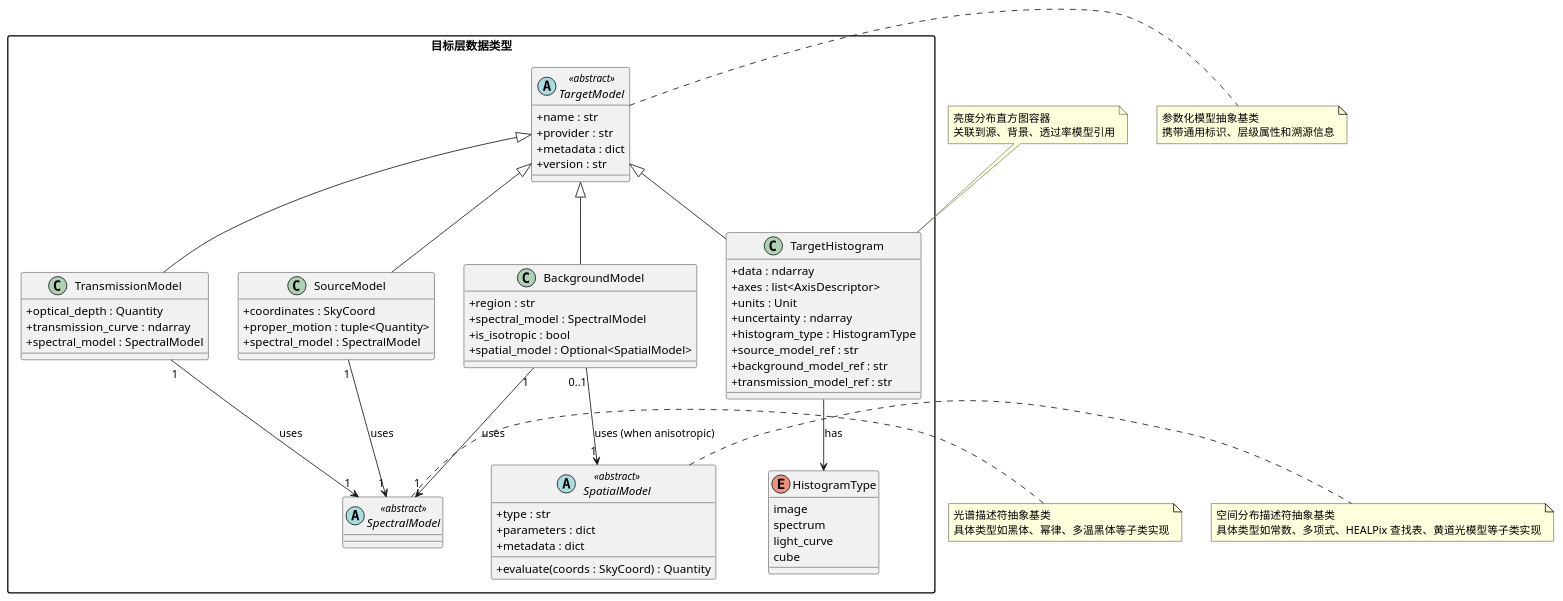
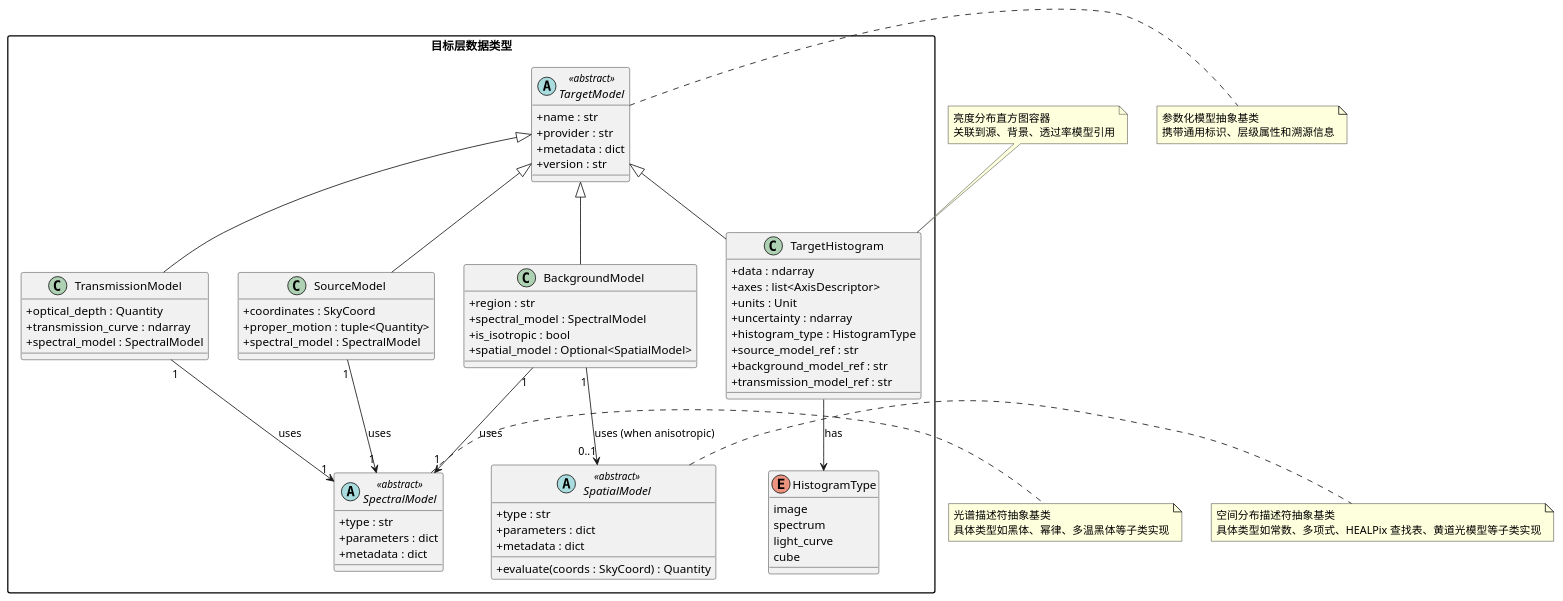
One commit to pigsboss/oasis changed the diagram in docs/diagrams/targets/classes.puml. Above: the diagram before and after it, drawn with PlantUML. The commit also changed 109 other files, not shown here.

```diff
--- a/docs/diagrams/targets/classes.puml
+++ b/docs/diagrams/targets/classes.puml
@@ -1,93 +1,96 @@
 @startuml
 ' 目标层核心类图
-' 基于 docs/guides/targets.md 4.1 数据类型定义
+' 基于 docs/design/targets.md 4.1 数据类型定义
 
 skinparam classAttributeIconSize 0
 skinparam classFontStyle normal
 skinparam packageStyle rectangle
 
 package "目标层数据类型" {
 
     abstract class TargetModel <<abstract>> {
         + name : str
         + provider : str
         + metadata : dict
         + version : str
     }
 
     abstract class SpectralModel <<abstract>> {
+        + type : str
+        + parameters : dict
+        + metadata : dict
     }
 
     abstract class SpatialModel <<abstract>> {
         + type : str
         + parameters : dict
         + metadata : dict
         + evaluate(coords : SkyCoord) : Quantity
     }
 
     class SourceModel extends TargetModel {
         + coordinates : SkyCoord
         + proper_motion : tuple<Quantity>
         + spectral_model : SpectralModel
     }
 
     class BackgroundModel extends TargetModel {
         + region : str
         + spectral_model : SpectralModel
         + is_isotropic : bool
         + spatial_model : Optional<SpatialModel>
     }
 
     class TransmissionModel extends TargetModel {
         + optical_depth : Quantity
         + transmission_curve : ndarray
         + spectral_model : SpectralModel
     }
 
     class TargetHistogram extends TargetModel {
         + data : ndarray
         + axes : list<AxisDescriptor>
         + units : Unit
         + uncertainty : ndarray
         + histogram_type : HistogramType
         + source_model_ref : str
         + background_model_ref : str
         + transmission_model_ref : str
     }
 
     enum HistogramType {
         image
         spectrum
         light_curve
         cube
     }
 
     SourceModel "1" --> "1" SpectralModel : uses
     BackgroundModel "1" --> "1" SpectralModel : uses
     TransmissionModel "1" --> "1" SpectralModel : uses
-    BackgroundModel "0..1" --> "1" SpatialModel : uses (when anisotropic)
+    BackgroundModel "1" --> "0..1" SpatialModel : uses (when anisotropic)
     TargetHistogram --> HistogramType : has
 
 }
 
 note right of TargetModel
   参数化模型抽象基类
   携带通用标识、层级属性和溯源信息
 end note
 
 note right of SpectralModel
   光谱描述符抽象基类
   具体类型如黑体、幂律、多温黑体等子类实现
 end note
 
 note right of SpatialModel
   空间分布描述符抽象基类
   具体类型如常数、多项式、HEALPix 查找表、黄道光模型等子类实现
 end note
 
 note top of TargetHistogram
   亮度分布直方图容器
   关联到源、背景、透过率模型引用
 end note
 
 @enduml
```
